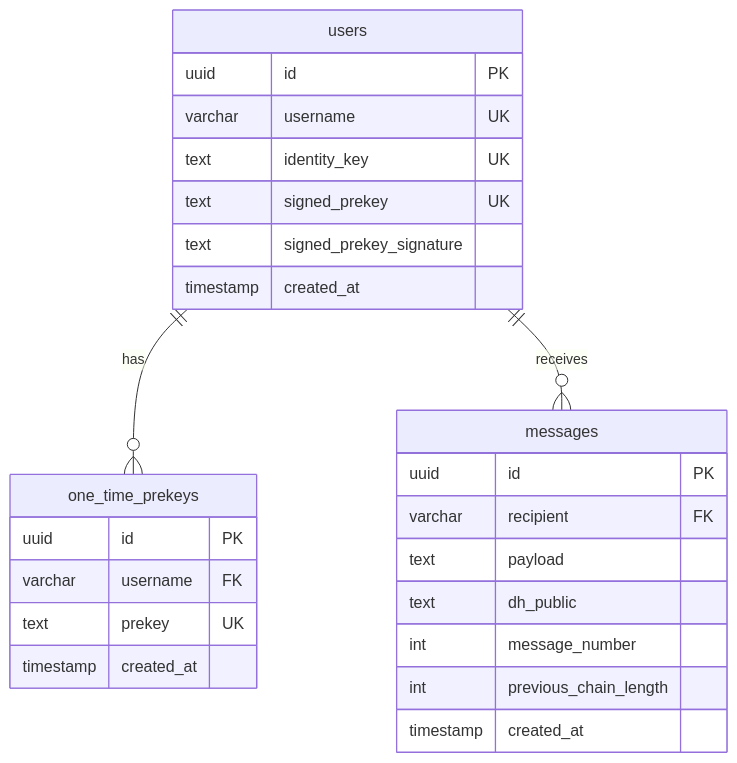
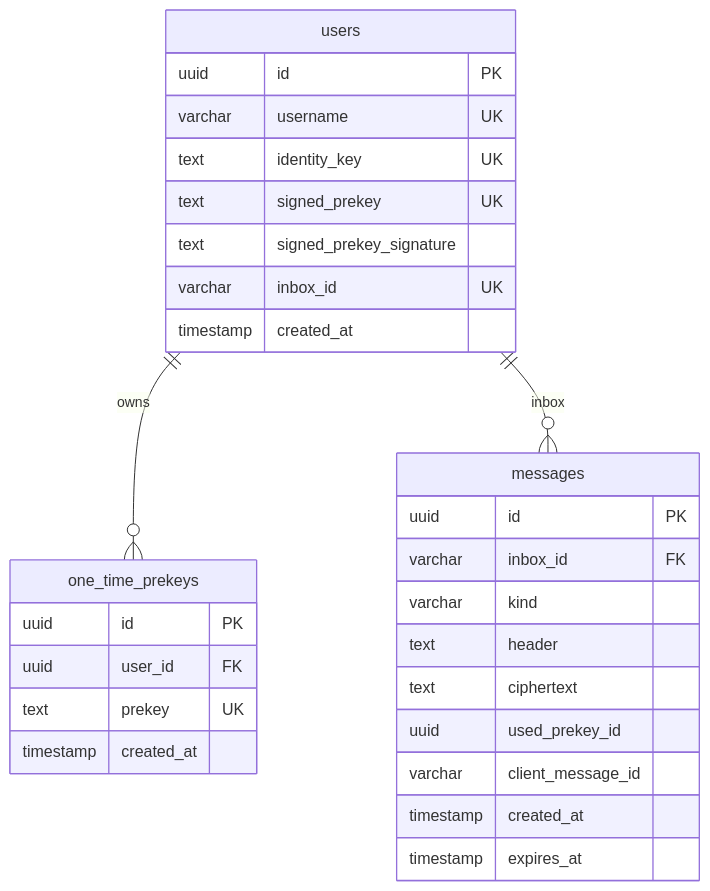
One commit to BlackWire-Project/bwrelay changed the diagram in README.md. Above: the diagram before and after it, drawn with Mermaid. The commit also changed other lines of this file and 16 other files, not shown here.

````diff
--- a/README.md
+++ b/README.md
@@ -45,31 +38,34 @@
 ```mermaid
 erDiagram
     users {
         uuid id PK
         varchar username UK
         text identity_key UK
         text signed_prekey UK
         text signed_prekey_signature
+        varchar inbox_id UK
         timestamp created_at
     }
 
     one_time_prekeys {
         uuid id PK
-        varchar username FK
+        uuid user_id FK
         text prekey UK
         timestamp created_at
     }
 
     messages {
         uuid id PK
-        varchar recipient FK
-        text payload
-        text dh_public
-        int message_number
-        int previous_chain_length
+        varchar inbox_id FK
+        varchar kind
+        text header
+        text ciphertext
+        uuid used_prekey_id
+        varchar client_message_id
         timestamp created_at
+        timestamp expires_at
     }
 
-    users ||--o{ one_time_prekeys : has
-    users ||--o{ messages : receives
+    users ||--o{ one_time_prekeys : owns
+    users ||--o{ messages : inbox
 ```
````
